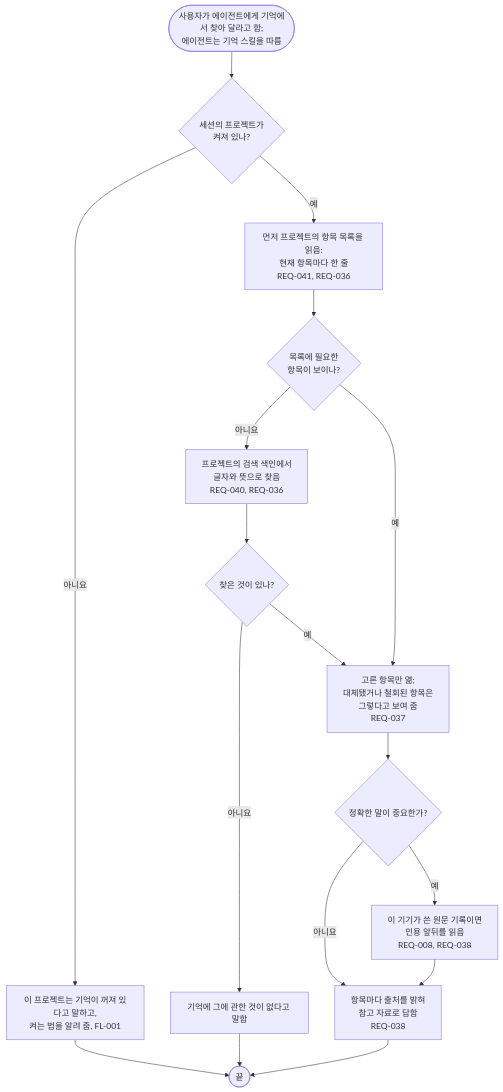
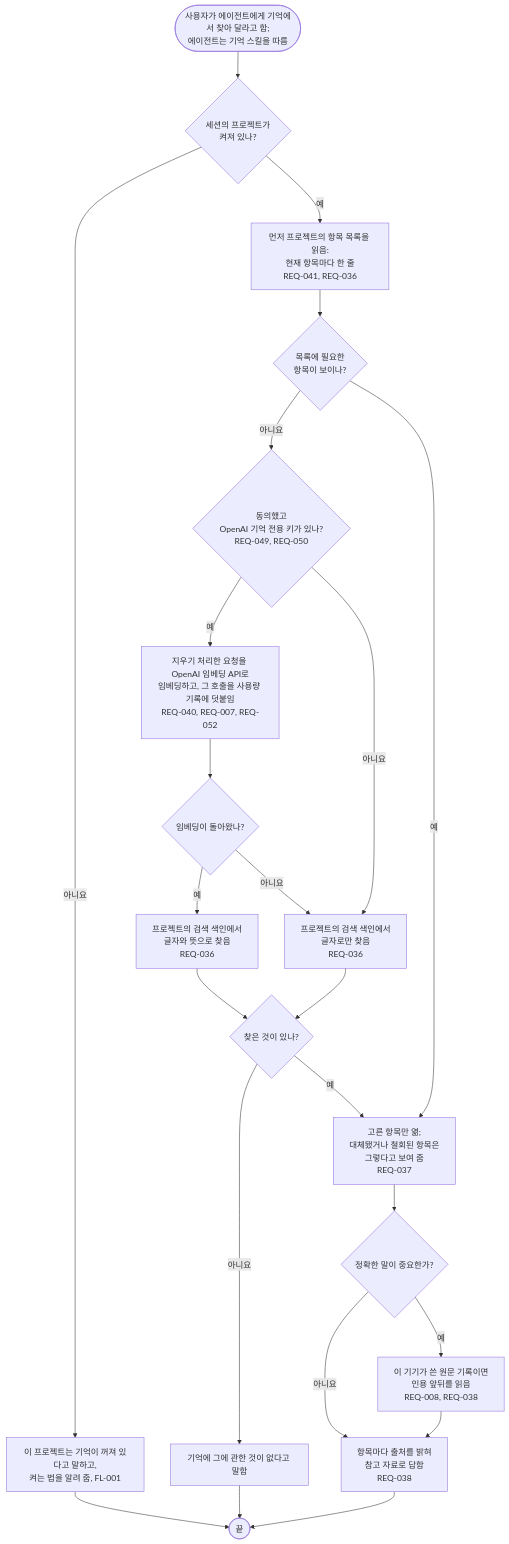
The diagram in docs/03-user-flow/memory/FL-007-search-memory.ko.md (kodonghui/corthex), drawn with Mermaid before and after one commit. The commit also changed other lines of this file and 11 other files, not shown here.

First line of the commit message:
docs: log embedding calls and keep checked quotes in the memory flows

````diff
--- a/docs/03-user-flow/memory/FL-007-search-memory.ko.md
+++ b/docs/03-user-flow/memory/FL-007-search-memory.ko.md
@@ -9,19 +9,25 @@
 ```mermaid
 flowchart TD
   A(["사용자가 에이전트에게 기억에서 찾아 달라고 함;<br/>에이전트는 기억 스킬을 따름"]) --> B{"세션의 프로젝트가<br/>켜져 있나?"}
   B -->|아니요| B1["이 프로젝트는 기억이 꺼져 있다고 말하고,<br/>켜는 법을 알려 줌, FL-001"]
   B1 --> Z(["끝"])
   B -->|예| C["먼저 프로젝트의 항목 목록을 읽음:<br/>현재 항목마다 한 줄<br/>REQ-041, REQ-036"]
   C --> D{"목록에 필요한<br/>항목이 보이나?"}
-  D -->|아니요| E["프로젝트의 검색 색인에서<br/>글자와 뜻으로 찾음<br/>REQ-040, REQ-036"]
-  E --> F{"찾은 것이 있나?"}
+  D -->|아니요| E{"동의했고<br/>OpenAI 기억 전용 키가 있나?<br/>REQ-049, REQ-050"}
+  E -->|예| E1["지우기 처리한 요청을 OpenAI 임베딩 API로<br/>임베딩하고, 그 호출을 사용량 기록에 덧붙임<br/>REQ-040, REQ-007, REQ-052"]
+  E1 --> E2{"임베딩이 돌아왔나?"}
+  E2 -->|예| E3["프로젝트의 검색 색인에서<br/>글자와 뜻으로 찾음<br/>REQ-036"]
+  E2 -->|아니요| E4["프로젝트의 검색 색인에서<br/>글자로만 찾음<br/>REQ-036"]
+  E -->|아니요| E4
+  E3 --> F{"찾은 것이 있나?"}
+  E4 --> F
   F -->|아니요| F1["기억에 그에 관한 것이 없다고 말함"]
   F1 --> Z
   F -->|예| G["고른 항목만 엶;<br/>대체됐거나 철회된 항목은<br/>그렇다고 보여 줌<br/>REQ-037"]
   D -->|예| G
   G --> H{"정확한 말이 중요한가?"}
   H -->|예| H1["이 기기가 쓴 원문 기록이면<br/>인용 앞뒤를 읽음<br/>REQ-008, REQ-038"]
   H -->|아니요| I["항목마다 출처를 밝혀<br/>참고 자료로 답함<br/>REQ-038"]
   H1 --> I
   I --> Z
 ```
````
